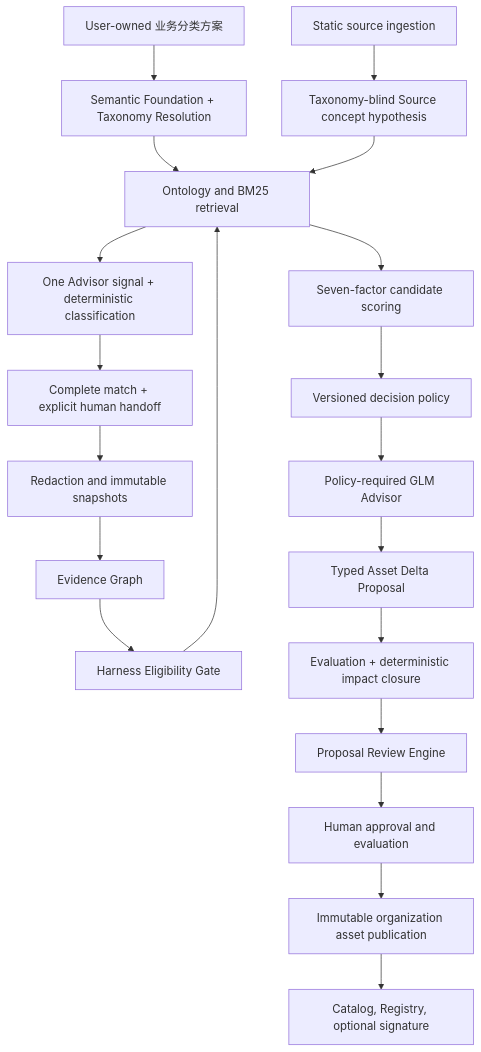
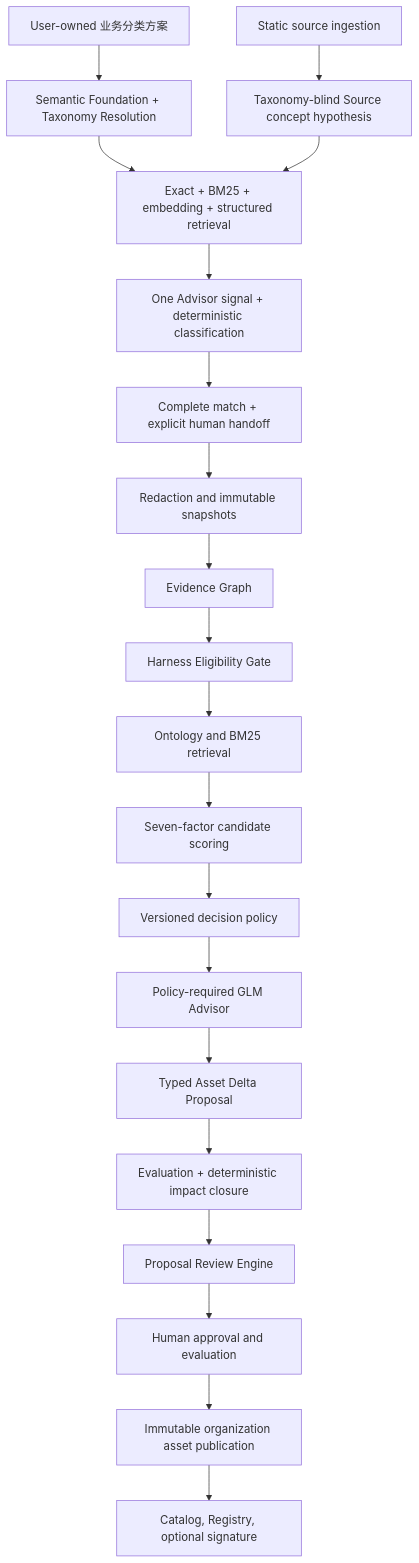
Before and after one commit to yeliang-wang/evopilot-harness: the second of 2 diagrams in docs/architecture/overview.md, drawn with Mermaid. The commit also changed other lines of this file and 6 other files, not shown here.

````diff
--- a/docs/architecture/overview.md
+++ b/docs/architecture/overview.md
@@ -23,22 +23,22 @@
 ```mermaid
 flowchart TD
   Scheme["User-owned 业务分类方案"] --> Resolve["Semantic Foundation + Taxonomy Resolution"]
   Ingest["Static source ingestion"] --> Hypothesis["Taxonomy-blind Source concept hypothesis"]
-  Resolve --> Retrieval["Exact + BM25 + embedding + structured retrieval"]
-  Hypothesis --> Retrieval
-  Retrieval --> Classify["One Advisor signal + deterministic classification"]
+  Resolve --> TaxonomyRetrieval["Exact + BM25 + embedding + structured retrieval"]
+  Hypothesis --> TaxonomyRetrieval
+  TaxonomyRetrieval --> Classify["One Advisor signal + deterministic classification"]
   Classify --> Handoff["Complete match + explicit human handoff"]
   Handoff --> Snapshot["Redaction and immutable snapshots"]
   Snapshot --> Graph["Evidence Graph"]
   Graph --> Eligibility["Harness Eligibility Gate"]
-  Eligibility --> Retrieval["Ontology and BM25 retrieval"]
-  Retrieval --> Scoring["Seven-factor candidate scoring"]
+  Eligibility --> HarnessRetrieval["Ontology and BM25 retrieval"]
+  HarnessRetrieval --> Scoring["Seven-factor candidate scoring"]
   Scoring --> Decision["Versioned decision policy"]
   Decision --> Advisor["Policy-required GLM Advisor"]
   Advisor --> Proposal["Typed Asset Delta Proposal"]
   Proposal --> Impact["Evaluation + deterministic impact closure"]
   Impact --> Review["Proposal Review Engine"]
   Review --> Human["Human approval and evaluation"]
   Human --> Publish["Immutable organization asset publication"]
   Publish --> Catalog["Catalog, Registry, optional signature"]
 ```
````
